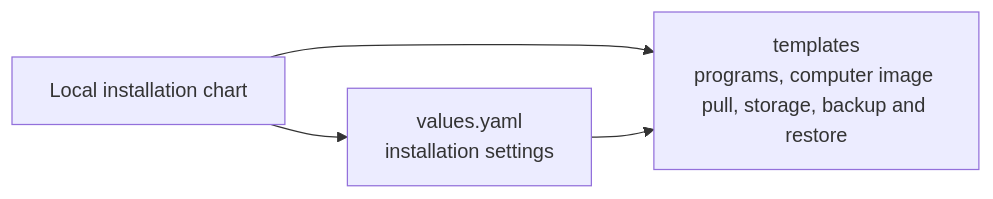
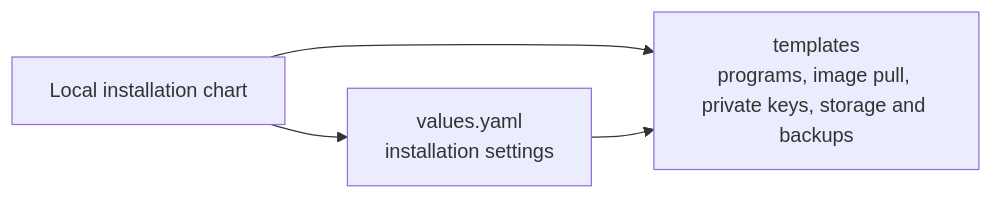
One commit to elewa-git/opencrane-new changed the diagram in infra/package/chart/templates/README.md. Above: the diagram before and after it, drawn with Mermaid. The commit also changed other lines of this file and 144 other files, not shown here.

````diff
--- a/infra/package/chart/templates/README.md
+++ b/infra/package/chart/templates/README.md
@@ -56,6 +58,6 @@
 ```mermaid
 flowchart LR
-  chart["Local installation chart"] --> templates["templates<br/>programs, computer image pull, storage, backup and restore"]
+  chart["Local installation chart"] --> templates["templates<br/>programs, image pull, private keys, storage and backups"]
   chart --> values["values.yaml<br/>installation settings"]
   values --> templates
 ```
````
